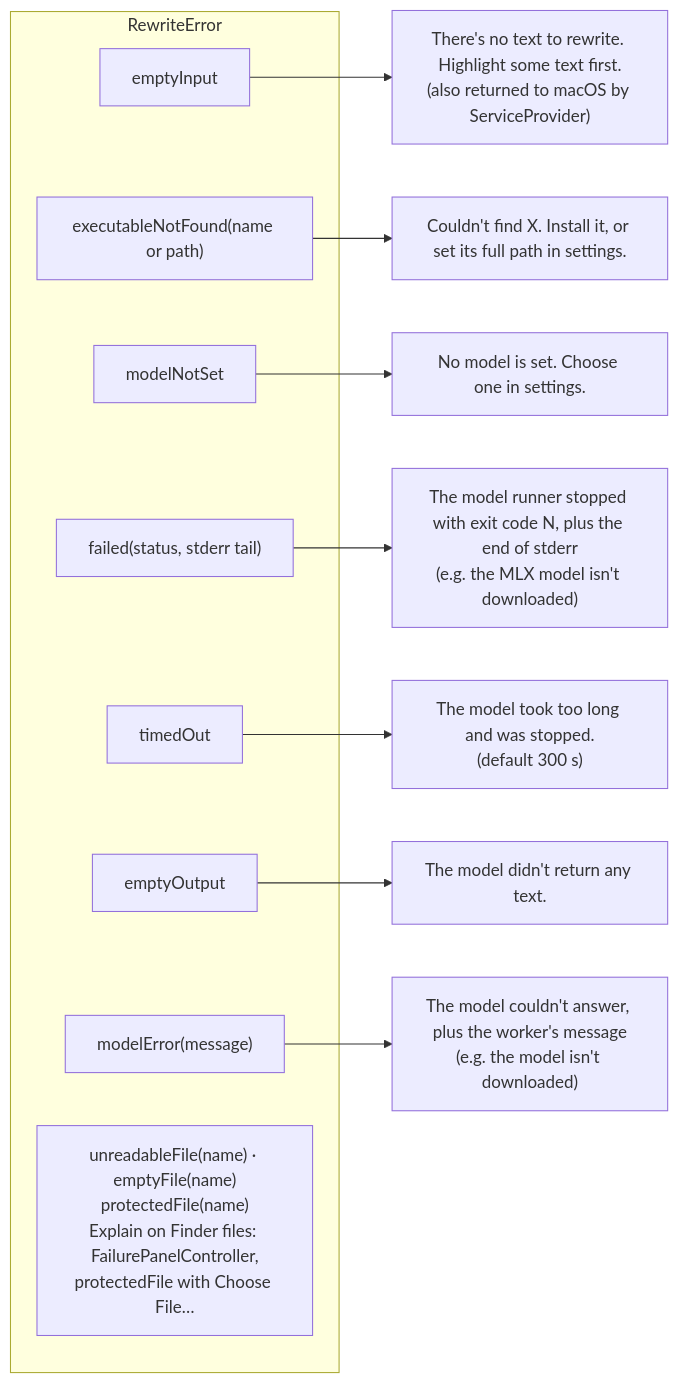
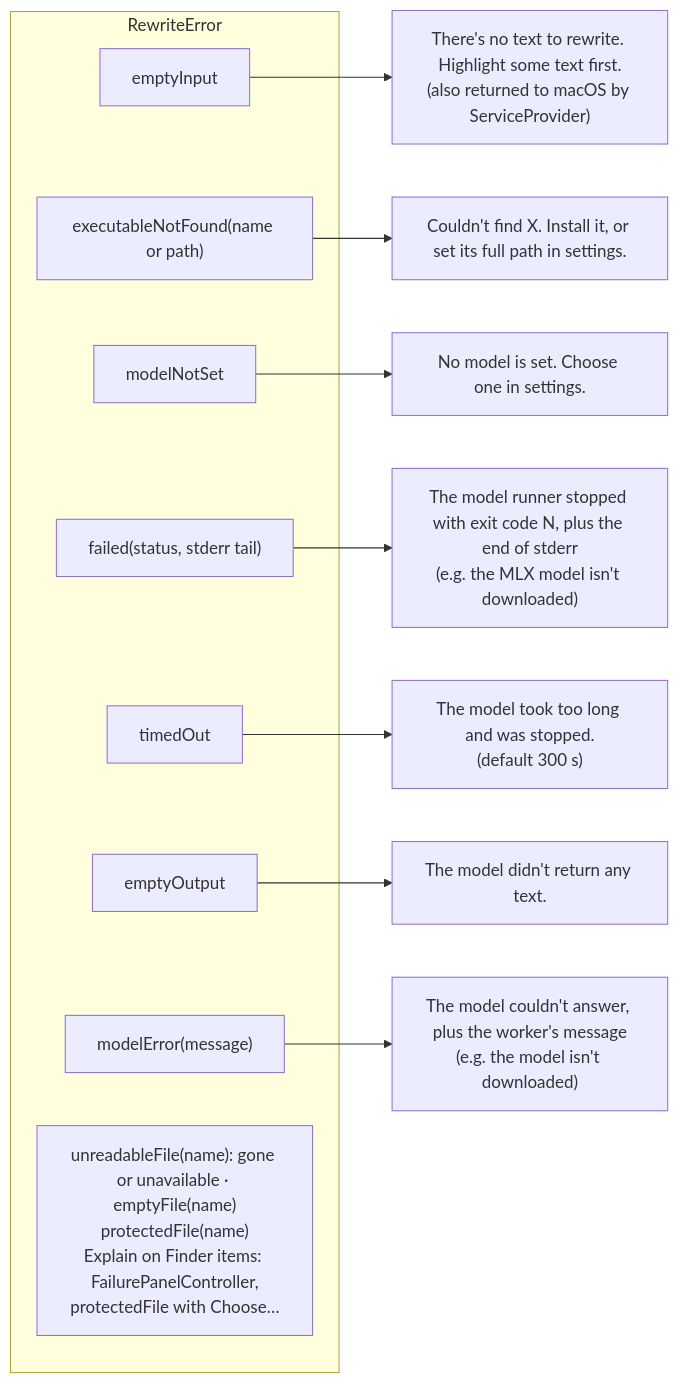
The ninth of 24 diagrams in docs/FLOW_MAPS.md (jdgiles26/prompt-menu), drawn with Mermaid before and after one commit. The commit also changed other lines of this file and 3 other files, not shown here.

````diff
--- a/docs/FLOW_MAPS.md
+++ b/docs/FLOW_MAPS.md
@@ -218,20 +248,20 @@
 ```mermaid
 flowchart LR
     subgraph Thrown["RewriteError"]
         A[emptyInput]
         B["executableNotFound(name or path)"]
         C[modelNotSet]
         D["failed(status, stderr tail)"]
         E[timedOut]
         F[emptyOutput]
         G["modelError(message)"]
-        U2["unreadableFile(name) · emptyFile(name)<br/>protectedFile(name)<br/>Explain on Finder files: FailurePanelController,<br/>protectedFile with Choose File…"]
+        U2["unreadableFile(name): gone or unavailable · emptyFile(name)<br/>protectedFile(name)<br/>Explain on Finder items: FailurePanelController,<br/>protectedFile with Choose…"]
     end
     A --> A1["There's no text to rewrite. Highlight some text first.<br/>(also returned to macOS by ServiceProvider)"]
     B --> B1["Couldn't find X. Install it, or set its full path in settings."]
     C --> C1["No model is set. Choose one in settings."]
     D --> D1["The model runner stopped with exit code N, plus the end of stderr<br/>(e.g. the MLX model isn't downloaded)"]
     E --> E1["The model took too long and was stopped.<br/>(default 300 s)"]
     F --> F1["The model didn't return any text."]
     G --> G1["The model couldn't answer, plus the worker's message<br/>(e.g. the model isn't downloaded)"]
 ```
````
